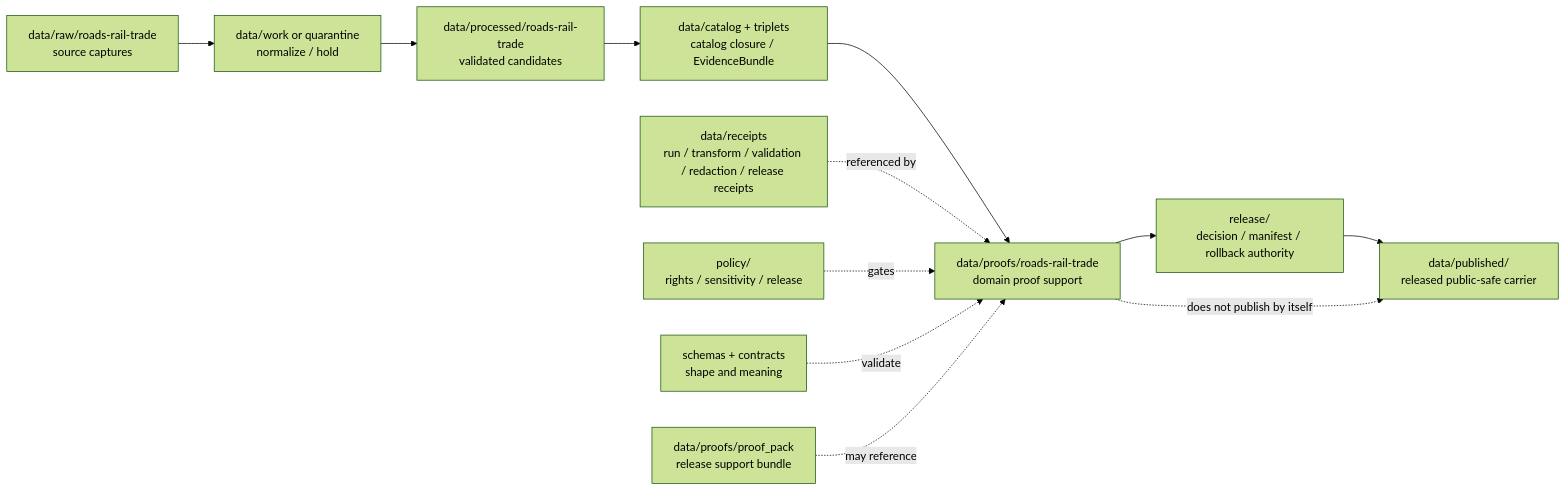
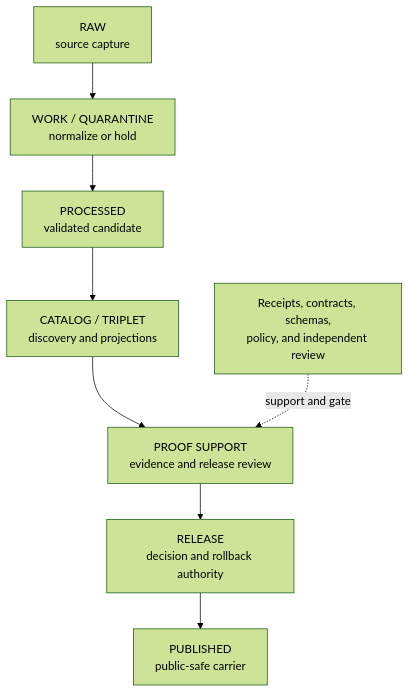
The diagram in data/proofs/roads-rail-trade/README.md (bartytime4life/Kansas-Frontier-Matrix), drawn with Mermaid (forest theme) before and after one commit. The commit also changed other lines of this file, not shown here.

Commit message:
docs(proofs): modernize Roads/Rail/Trade proof README

````diff
--- a/data/proofs/roads-rail-trade/README.md
+++ b/data/proofs/roads-rail-trade/README.md
@@ -311,16 +412,10 @@
 ```mermaid
-flowchart LR
-  RAW["data/raw/roads-rail-trade<br/>source captures"] --> WORK["data/work or quarantine<br/>normalize / hold"]
-  WORK --> PROC["data/processed/roads-rail-trade<br/>validated candidates"]
-  PROC --> CAT["data/catalog + triplets<br/>catalog closure / EvidenceBundle"]
-  CAT --> PROOF["data/proofs/roads-rail-trade<br/>domain proof support"]
-  PROOF --> REL["release/<br/>decision / manifest / rollback authority"]
-  REL --> PUB["data/published/<br/>released public-safe carrier"]
-
-  REC["data/receipts<br/>run / transform / validation / redaction / release receipts"] -. referenced by .-> PROOF
-  POL["policy/<br/>rights / sensitivity / release"] -. gates .-> PROOF
-  SCH["schemas + contracts<br/>shape and meaning"] -. validate .-> PROOF
-  PP["data/proofs/proof_pack<br/>release support bundle"] -. may reference .-> PROOF
-
-  PROOF -. "does not publish by itself" .-> PUB
+flowchart TD
+  A["RAW<br/>source capture"] --> B["WORK / QUARANTINE<br/>normalize or hold"]
+  B --> C["PROCESSED<br/>validated candidate"]
+  C --> D["CATALOG / TRIPLET<br/>discovery and projections"]
+  D --> E["PROOF SUPPORT<br/>evidence and release review"]
+  E --> F["RELEASE<br/>decision and rollback authority"]
+  F --> G["PUBLISHED<br/>public-safe carrier"]
+  H["Receipts, contracts, schemas,<br/>policy, and independent review"] -. "support and gate" .-> E
 ```
````
